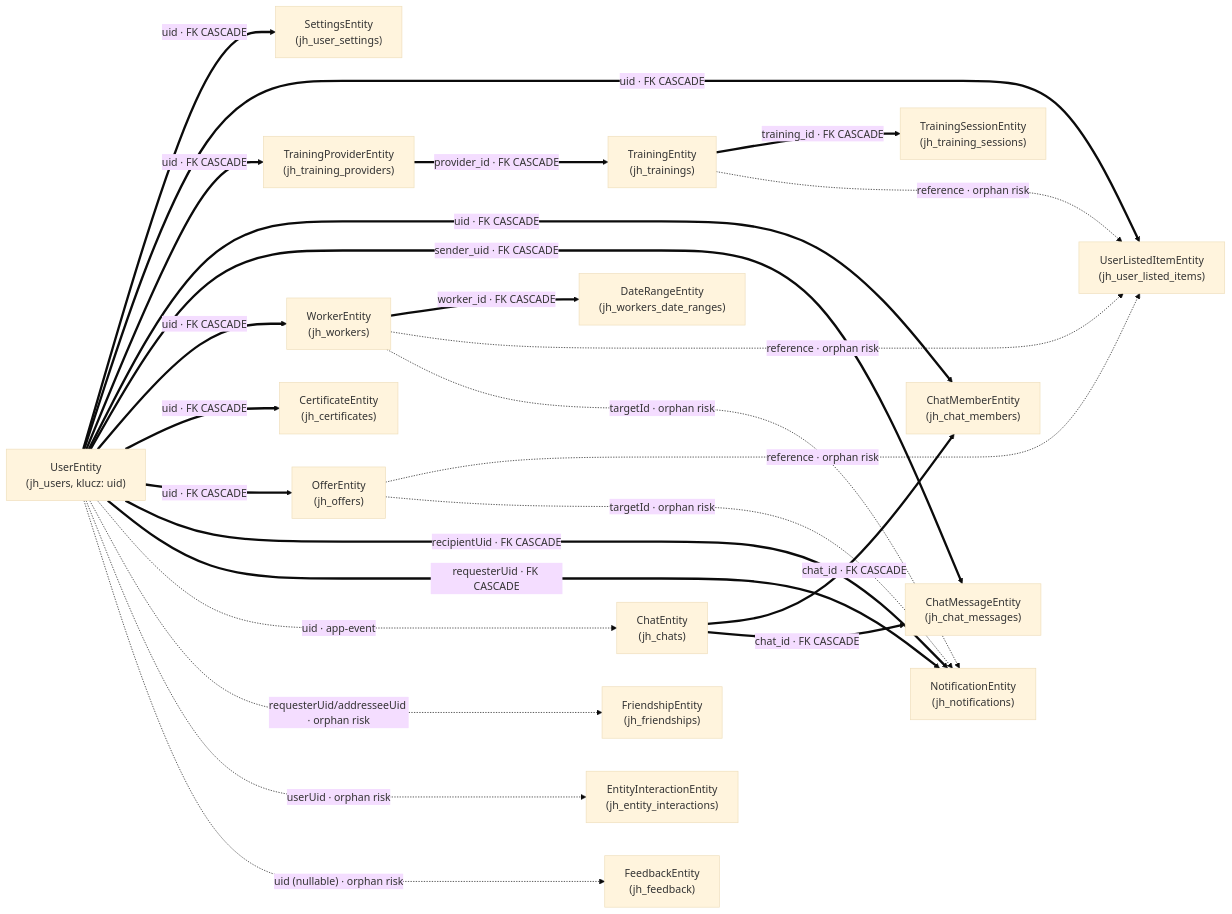
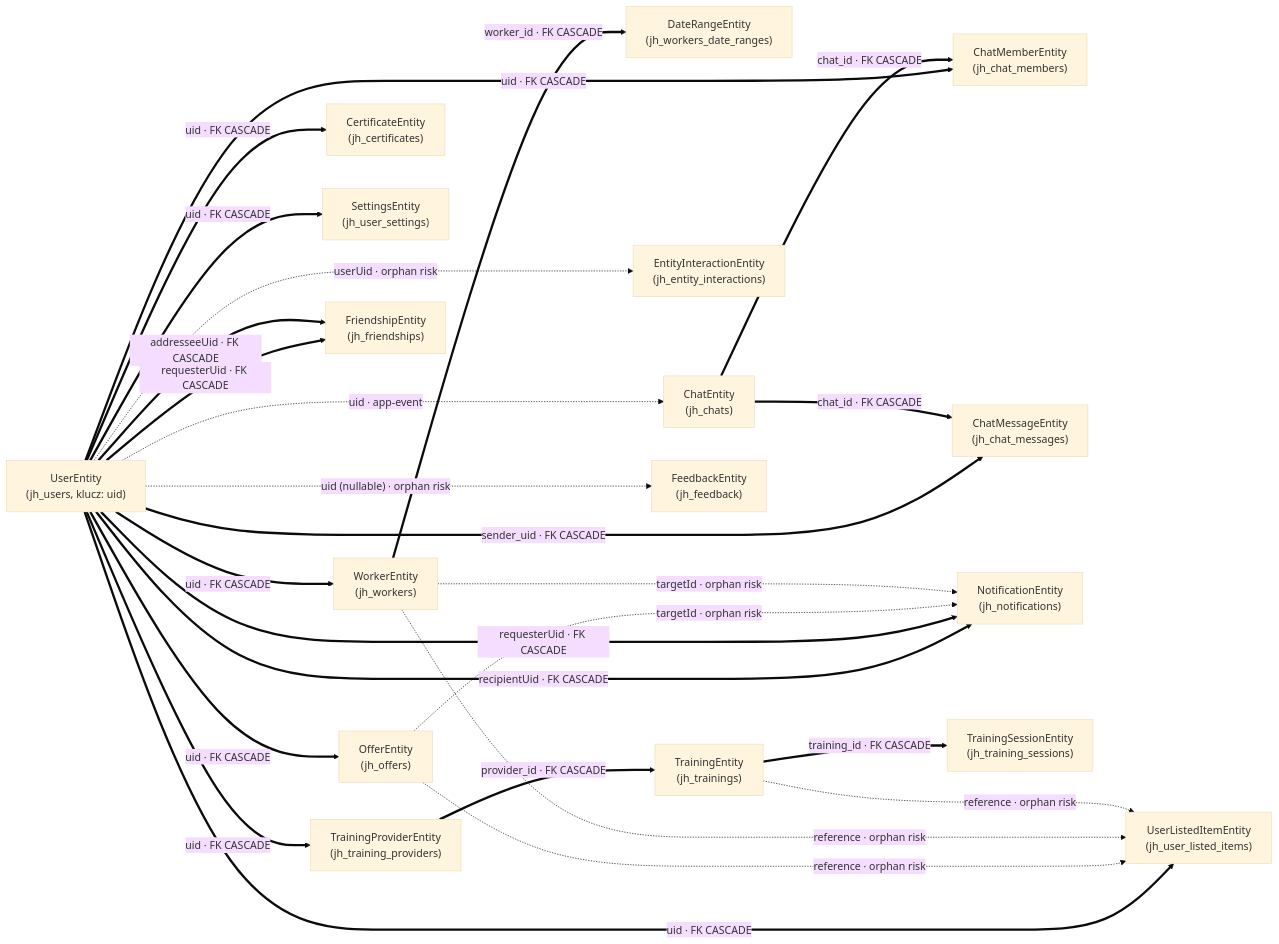
The diagram in docs/entity-relations.md (pawelmat142/frat), drawn with Mermaid (base theme) before and after one commit. The commit also changed other lines of this file and 4 other files, not shown here.

Commit message:
cascades-fix - friendship remove when delete user + front adjustments

````diff
--- a/docs/entity-relations.md
+++ b/docs/entity-relations.md
@@ -18,49 +18,50 @@
 ```mermaid
 graph LR
     User["UserEntity<br/>(jh_users, klucz: uid)"]
     Worker["WorkerEntity<br/>(jh_workers)"]
     DateRange["DateRangeEntity<br/>(jh_workers_date_ranges)"]
     Certificate["CertificateEntity<br/>(jh_certificates)"]
     Settings["SettingsEntity<br/>(jh_user_settings)"]
     Listed["UserListedItemEntity<br/>(jh_user_listed_items)"]
     Chat["ChatEntity<br/>(jh_chats)"]
     ChatMember["ChatMemberEntity<br/>(jh_chat_members)"]
     ChatMessage["ChatMessageEntity<br/>(jh_chat_messages)"]
     Offer["OfferEntity<br/>(jh_offers)"]
     Notification["NotificationEntity<br/>(jh_notifications)"]
     Friendship["FriendshipEntity<br/>(jh_friendships)"]
     Interaction["EntityInteractionEntity<br/>(jh_entity_interactions)"]
     Provider["TrainingProviderEntity<br/>(jh_training_providers)"]
     Training["TrainingEntity<br/>(jh_trainings)"]
     Session["TrainingSessionEntity<br/>(jh_training_sessions)"]
     Feedback["FeedbackEntity<br/>(jh_feedback)"]
 
     User =="uid · FK CASCADE"==> Settings
     User =="uid · FK CASCADE"==> Listed
     User =="uid · FK CASCADE"==> Provider
     User =="uid · FK CASCADE"==> ChatMember
     User =="sender_uid · FK CASCADE"==> ChatMessage
     User =="uid · FK CASCADE"==> Worker
     User =="uid · FK CASCADE"==> Certificate
     User =="uid · FK CASCADE"==> Offer
     User =="recipientUid · FK CASCADE"==> Notification
     User =="requesterUid · FK CASCADE"==> Notification
+    User =="requesterUid · FK CASCADE"==> Friendship
+    User =="addresseeUid · FK CASCADE"==> Friendship
     User -."uid · app-event"..-> Chat
-    User -."requesterUid/addresseeUid · orphan risk"..-> Friendship
     User -."userUid · orphan risk"..-> Interaction
     User -."uid (nullable) · orphan risk"..-> Feedback
 
     Worker =="worker_id · FK CASCADE"==> DateRange
 
     Provider =="provider_id · FK CASCADE"==> Training
     Training =="training_id · FK CASCADE"==> Session
 
     Chat =="chat_id · FK CASCADE"==> ChatMember
     Chat =="chat_id · FK CASCADE"==> ChatMessage
 
     Offer -."reference · orphan risk"..-> Listed
     Worker -."reference · orphan risk"..-> Listed
     Training -."reference · orphan risk"..-> Listed
     Offer -."targetId · orphan risk"..-> Notification
     Worker -."targetId · orphan risk"..-> Notification
 ```
````
